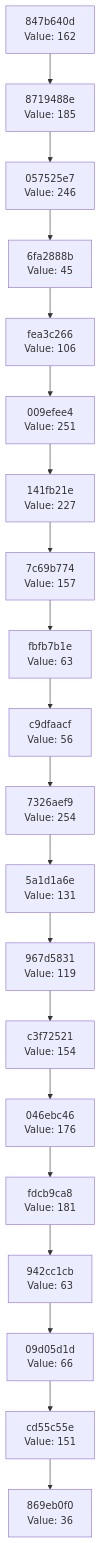
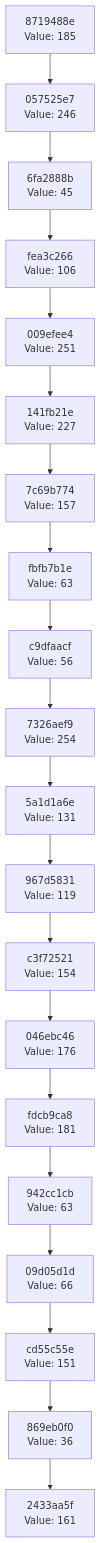
Before and after one commit to Abhisheksinha1506/hash-chain-evolver: the diagram in docs/CHAIN_VISUALIZATION.md, drawn with Mermaid. The commit also changed 3 other files, not shown here.

````diff
--- a/docs/CHAIN_VISUALIZATION.md
+++ b/docs/CHAIN_VISUALIZATION.md
@@ -3,42 +3,42 @@
 ```mermaid
 graph TD
-    C0["869eb0f0<br/>Value: 36"]
-    C1["cd55c55e<br/>Value: 151"]
+    C0["2433aa5f<br/>Value: 161"]
+    C1["869eb0f0<br/>Value: 36"]
     C1 --> C0
-    C2["09d05d1d<br/>Value: 66"]
+    C2["cd55c55e<br/>Value: 151"]
     C2 --> C1
-    C3["942cc1cb<br/>Value: 63"]
+    C3["09d05d1d<br/>Value: 66"]
     C3 --> C2
-    C4["fdcb9ca8<br/>Value: 181"]
+    C4["942cc1cb<br/>Value: 63"]
     C4 --> C3
-    C5["046ebc46<br/>Value: 176"]
+    C5["fdcb9ca8<br/>Value: 181"]
     C5 --> C4
-    C6["c3f72521<br/>Value: 154"]
+    C6["046ebc46<br/>Value: 176"]
     C6 --> C5
-    C7["967d5831<br/>Value: 119"]
+    C7["c3f72521<br/>Value: 154"]
     C7 --> C6
-    C8["5a1d1a6e<br/>Value: 131"]
+    C8["967d5831<br/>Value: 119"]
     C8 --> C7
-    C9["7326aef9<br/>Value: 254"]
+    C9["5a1d1a6e<br/>Value: 131"]
     C9 --> C8
-    C10["c9dfaacf<br/>Value: 56"]
+    C10["7326aef9<br/>Value: 254"]
     C10 --> C9
-    C11["fbfb7b1e<br/>Value: 63"]
+    C11["c9dfaacf<br/>Value: 56"]
     C11 --> C10
-    C12["7c69b774<br/>Value: 157"]
+    C12["fbfb7b1e<br/>Value: 63"]
     C12 --> C11
-    C13["141fb21e<br/>Value: 227"]
+    C13["7c69b774<br/>Value: 157"]
     C13 --> C12
-    C14["009efee4<br/>Value: 251"]
+    C14["141fb21e<br/>Value: 227"]
     C14 --> C13
-    C15["fea3c266<br/>Value: 106"]
+    C15["009efee4<br/>Value: 251"]
     C15 --> C14
-    C16["6fa2888b<br/>Value: 45"]
+    C16["fea3c266<br/>Value: 106"]
     C16 --> C15
-    C17["057525e7<br/>Value: 246"]
+    C17["6fa2888b<br/>Value: 45"]
     C17 --> C16
-    C18["8719488e<br/>Value: 185"]
+    C18["057525e7<br/>Value: 246"]
     C18 --> C17
-    C19["847b640d<br/>Value: 162"]
+    C19["8719488e<br/>Value: 185"]
     C19 --> C18
 ```
````
